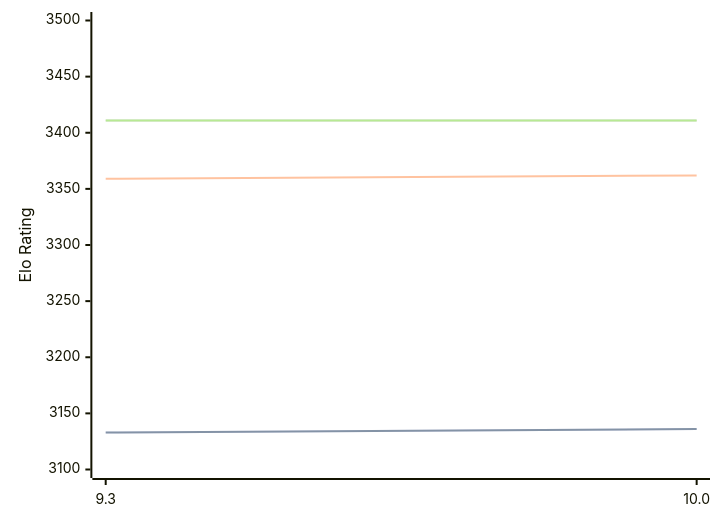
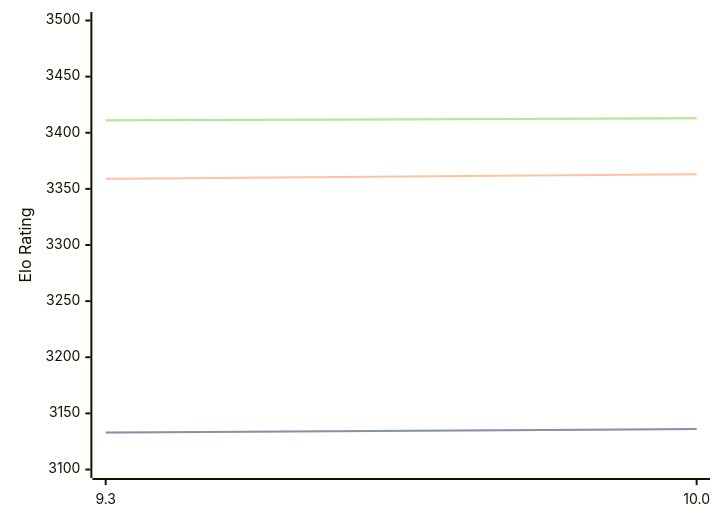
One commit to computer-chess-index/cci changed the third of 3 diagrams in engines/Fire.md. Above: the diagram before and after it, drawn with Mermaid. The commit also changed other lines of this file, not shown here.

Commit message:
Update CCI Ratings (ELO VLTC) - 2026-07-17

````diff
--- a/engines/Fire.md
+++ b/engines/Fire.md
@@ -80,11 +80,11 @@
 ```mermaid
 %%{init: {"theme":"base","themeVariables":{"seriesColors:['#a3a3a3','#222221','#faa371']}}}%%
 xychart-beta
   x-axis ["9.3", "10.0"]
   y-axis "Elo Rating" 3100 --> 3500
   line "STC (8.0+0.08s)" [3133, 3136]
   line "STC (8.0+0.08s)" [3133, 3136]
-  line "LTC (60.0+0.60s)" [3359, 3362]
-  line "VLTC (2m24s+1.12s)" [3411, 3411]
-  line "VLTC (2m24s+1.12s)" [3411, 3411]
+  line "LTC (60.0+0.60s)" [3359, 3363]
+  line "VLTC (2m24s+1.12s)" [3411, 3413]
+  line "VLTC (2m24s+1.12s)" [3411, 3413]
 ```
````
